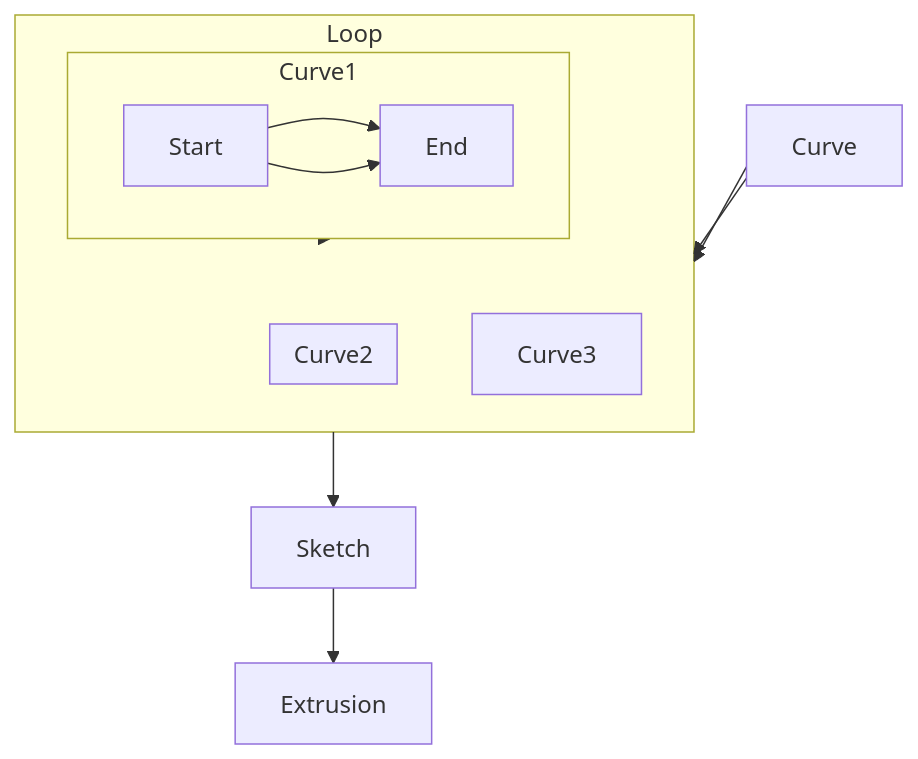
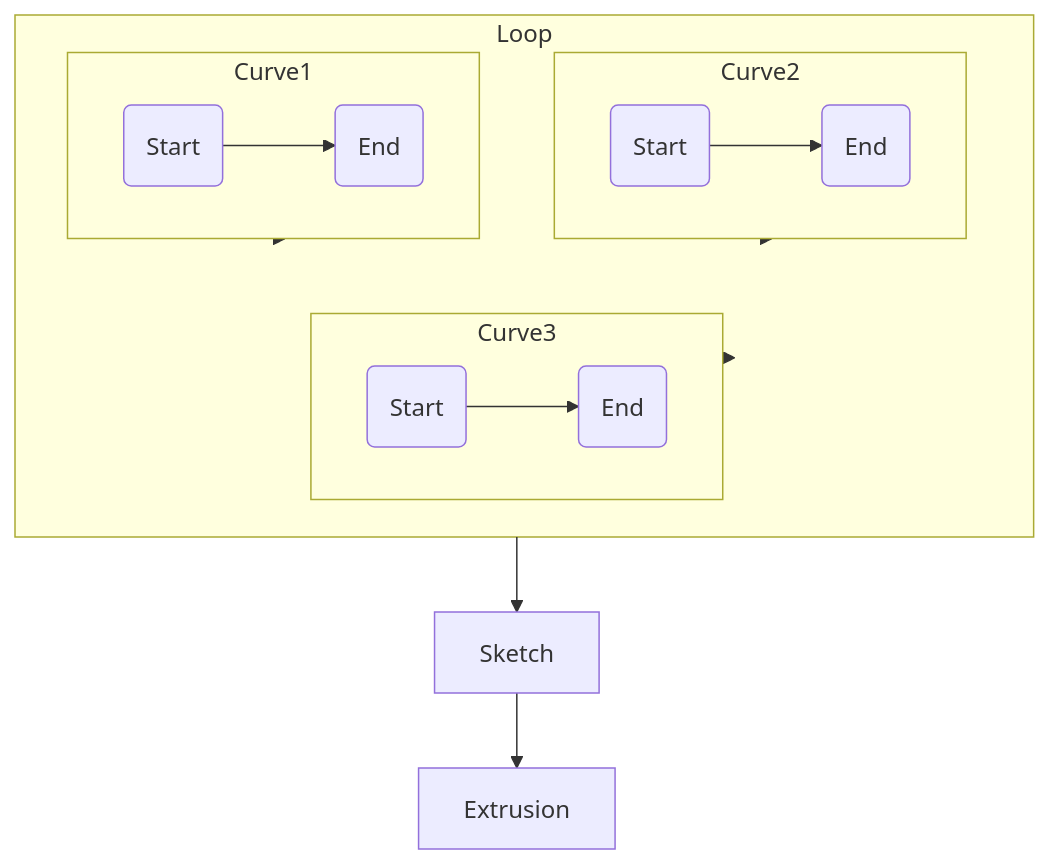
Before and after one commit to SadilKhan/CC3DParser: the diagram in README.md, drawn with Mermaid.

Commit message:
readme update

````diff
--- a/README.md
+++ b/README.md
@@ -50,20 +50,26 @@
 ```mermaid
 graph TD;
     subgraph Curve1
-        Start --> End
+        S1(Start) --> E1(End)
     end
 
     subgraph Curve2
-        Start --> End
+        S2(Start) --> E2(End)
     end
+
+    subgraph Curve3
+        S3(Start) --> E3(End)
+    end
+
+
 
     subgraph Loop
         Curve1
         Curve2
         Curve3
     end
     Curve1 --> Loop;
-    Curve --> Loop;
-    Curve --> Loop;
+    Curve2 --> Loop;
+    Curve3 --> Loop;
     Loop --> Sketch --> Extrusion;
 ```
````
